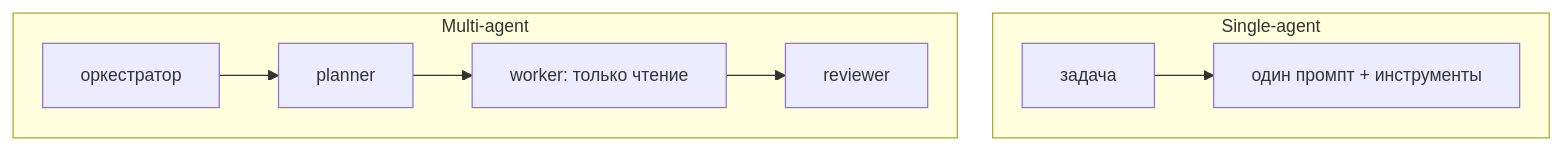
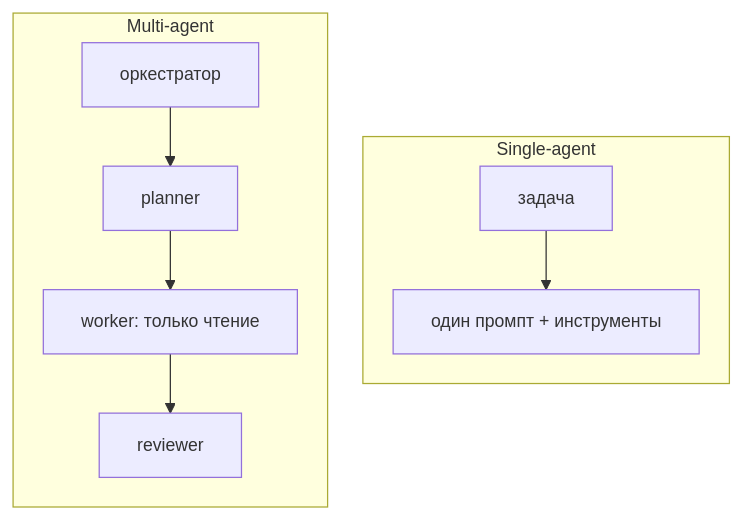
One commit to ertaipit-web/python-agent-workflow-course changed the fourth of 10 diagrams in docs/course.md. Above: the diagram before and after it, drawn with Mermaid. The commit also changed other lines of this file and 2 other files, not shown here.

First line of the commit message:
Fix overlapping subgraph labels and oversized diagrams

````diff
--- a/docs/course.md
+++ b/docs/course.md
@@ -159,10 +159,12 @@
 ```mermaid
 %%{init: {"flowchart": {"useMaxWidth": false, "nodeSpacing": 28, "rankSpacing": 22, "wrappingWidth": 460}, "themeVariables": {"fontSize": "14px"}}}%%
 flowchart TD
   subgraph SA["Single-agent"]
+    direction TD
     S1["задача"] --> S2["один промпт + инструменты"]
   end
   subgraph MA["Multi-agent"]
+    direction TD
     O["оркестратор"] --> M1["planner"] --> M2["worker: только чтение"] --> M3["reviewer"]
   end
 ```
````
